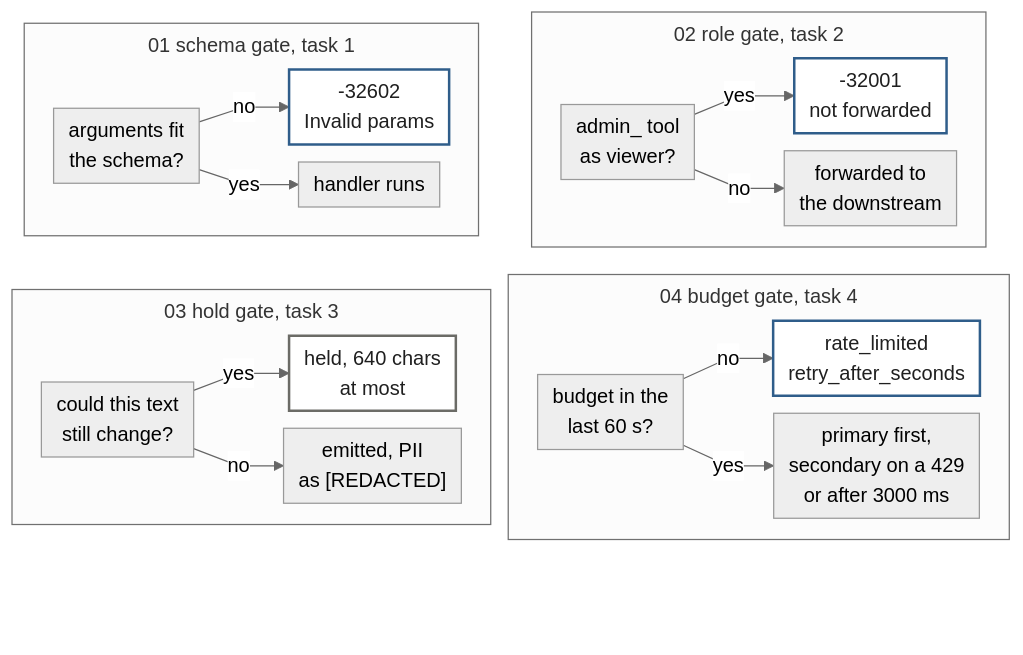
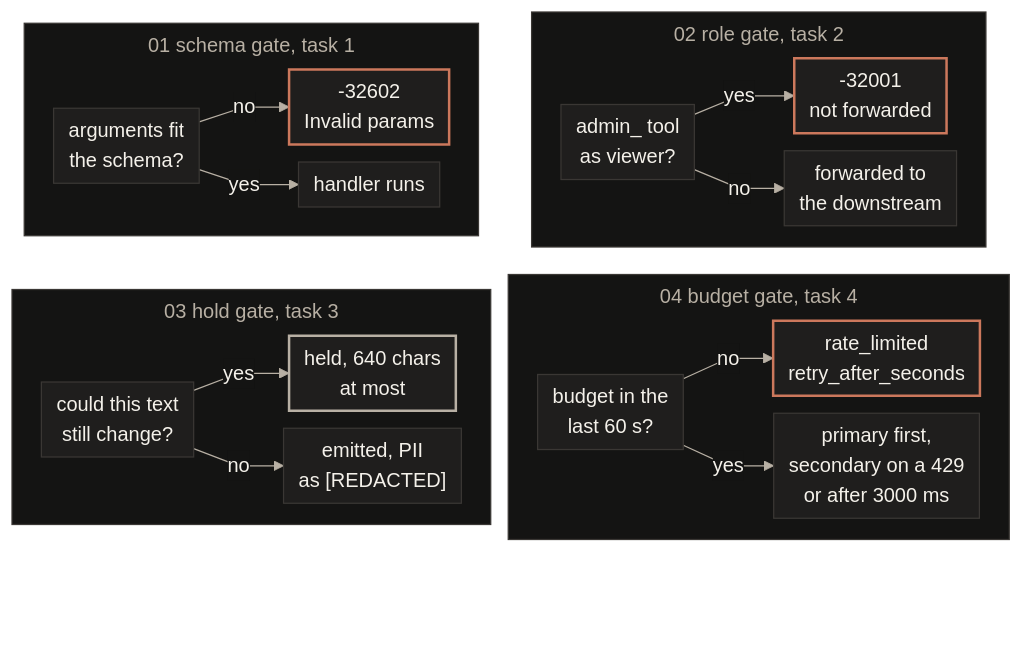
Before and after one commit to jameswniu/quilr-fde-assessment: the diagram in README.md, drawn with Mermaid. The commit also changed other lines of this file and 6 other files, not shown here.

````diff
--- a/README.md
+++ b/README.md
@@ -122,36 +54,36 @@
 ```mermaid
 %% drawn by tools/draw_figures.py, edit the generator
-%%{init: {"theme": "neutral", "themeVariables": {"fontSize": "16px"}, "flowchart": {"curve": "linear", "nodeSpacing": 14, "rankSpacing": 22, "padding": 6, "diagramPadding": 8, "subGraphTitleMargin": {"top": 6, "bottom": 14}}}}%%
+%%{init: {"theme": "base", "themeVariables": {"primaryColor": "#1F1E1D", "primaryTextColor": "#F4F1EA", "primaryBorderColor": "#3A3734", "lineColor": "#B8B0A4", "textColor": "#F4F1EA", "clusterBkg": "#141413", "clusterBorder": "#3A3734", "titleColor": "#B8B0A4", "edgeLabelBackground": "#141413", "fontSize": "16px"}, "flowchart": {"curve": "linear", "nodeSpacing": 14, "rankSpacing": 22, "padding": 6, "diagramPadding": 8, "subGraphTitleMargin": {"top": 6, "bottom": 14}}}}%%
 flowchart TB
   subgraph S2["02 role gate, task 2"]
     direction LR
     B2["admin_ tool<br/>as viewer?"] -- yes --> B3["-32001<br/>not forwarded"]
     B2 -- no --> B4["forwarded to<br/>the downstream"]
   end
   subgraph S1["01 schema gate, task 1"]
     direction LR
     A2["arguments fit<br/>the schema?"] -- no --> A3["-32602<br/>Invalid params"]
     A2 -- yes --> A4["handler runs"]
   end
   subgraph S4["04 budget gate, task 4"]
     direction LR
     D2["budget in the<br/>last 60 s?"] -- no --> D3["rate_limited<br/>retry_after_seconds"]
     D2 -- yes --> D4["primary first,<br/>secondary on a 429<br/>or after 3000 ms"]
   end
   subgraph S3["03 hold gate, task 3"]
     direction LR
     C2["could this text<br/>still change?"] -- yes --> C3["held, 640 chars<br/>at most"]
     C2 -- no --> C4["emitted, PII<br/>as [REDACTED]"]
   end
   S1 ~~~ S3
   S2 ~~~ S4
   Z["<br/><br/>"]
   S3 ~~~ Z
   S4 ~~~ Z
-  classDef stop fill:#FFFFFF,stroke:#2F5D8A,stroke-width:2px,color:#1F1F1F
-  classDef hold fill:#FFFFFF,stroke:#6B6B66,stroke-width:2px,color:#1F1F1F
+  classDef stop fill:#1F1E1D,stroke:#CC785C,stroke-width:2px,color:#F4F1EA
+  classDef hold fill:#1F1E1D,stroke:#B8B0A4,stroke-width:2px,color:#F4F1EA
   class A3,B3,D3 stop
   class C3 hold
   classDef spacer fill:none,stroke:none,color:transparent
   class Z spacer
 ```
````
